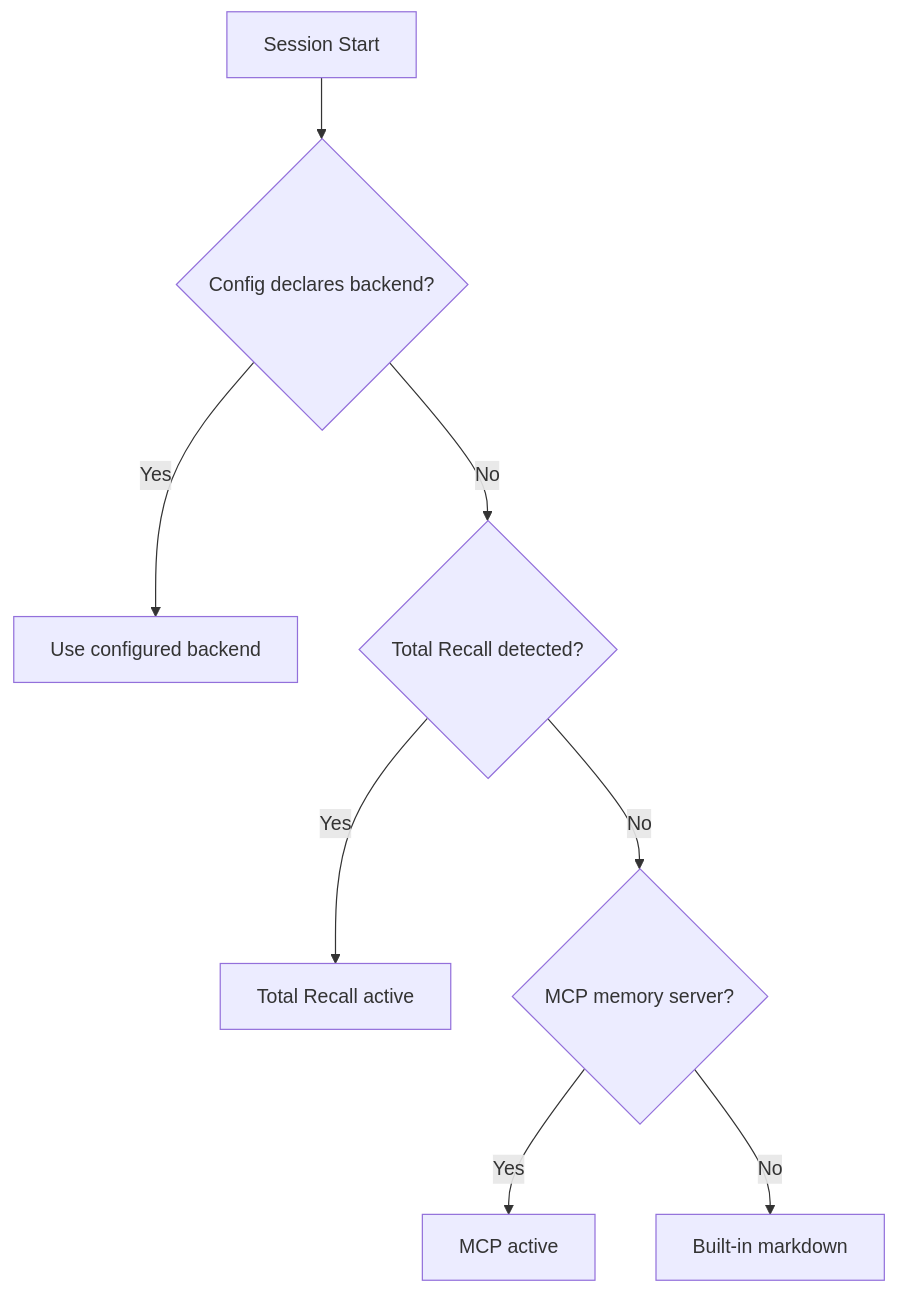
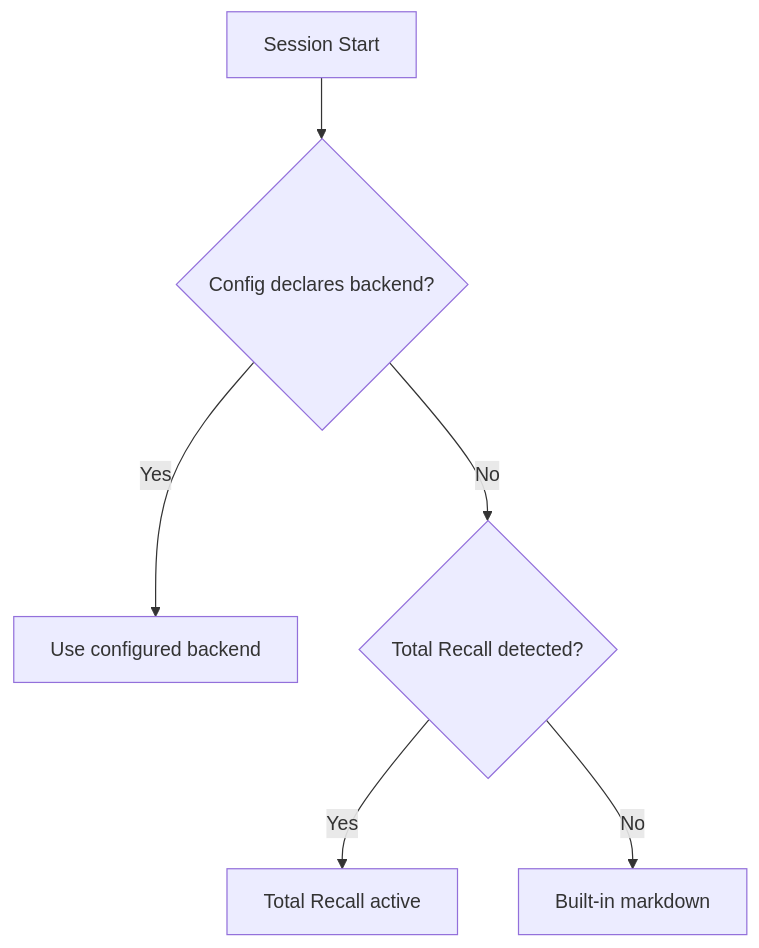
One commit to bivory/grove changed the sixth of 14 diagrams in design/01-architecture.md. Above: the diagram before and after it, drawn with Mermaid. The commit also changed other lines of this file and 12 other files, not shown here.

````diff
--- a/design/01-architecture.md
+++ b/design/01-architecture.md
@@ -339,10 +338,8 @@
 ```mermaid
 flowchart TD
     A[Session Start] --> B{Config declares backend?}
     B -->|Yes| C[Use configured backend]
     B -->|No| D{Total Recall detected?}
     D -->|Yes| E[Total Recall active]
-    D -->|No| F{MCP memory server?}
-    F -->|Yes| G[MCP active]
-    F -->|No| H[Built-in markdown]
+    D -->|No| F[Built-in markdown]
 ```
````
